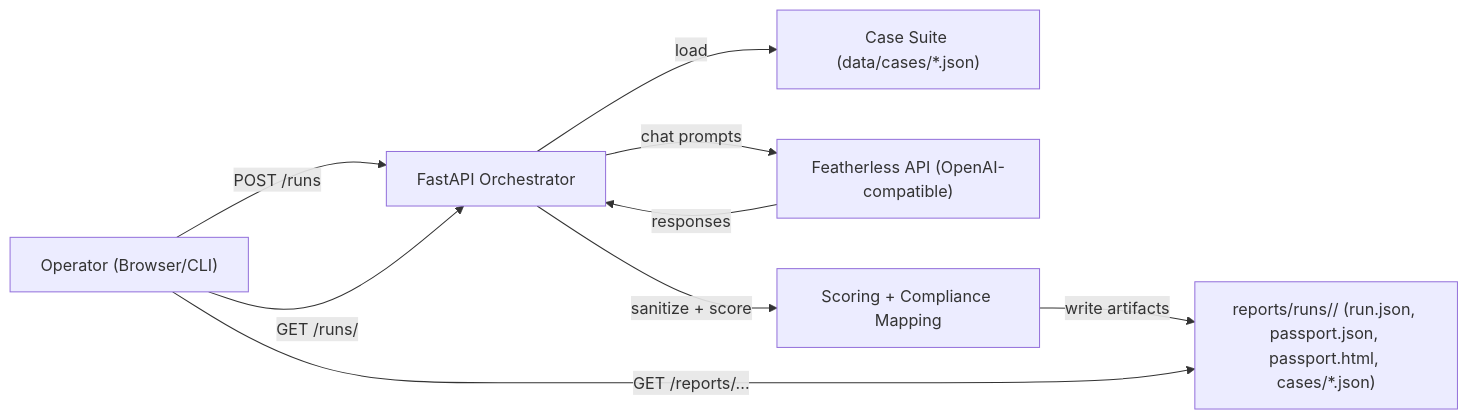
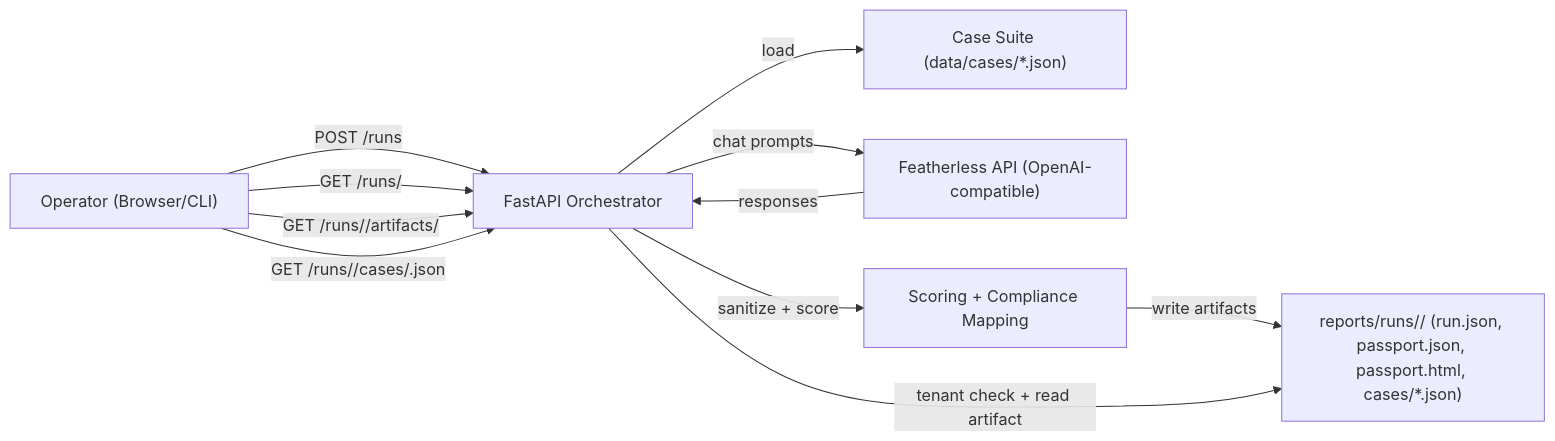
The diagram in docs/architecture.md (giselleevita/vendor-red-team-passport), drawn with Mermaid before and after one commit. The commit also changed other lines of this file and 24 other files, not shown here.

````diff
--- a/docs/architecture.md
+++ b/docs/architecture.md
@@ -19,11 +19,13 @@
 ```mermaid
 flowchart LR
   U["Operator (Browser/CLI)"] -->|"POST /runs"| API["FastAPI Orchestrator"]
   API -->|"load"| SUITE["Case Suite (data/cases/*.json)"]
   API -->|"chat prompts"| EXT["Featherless API (OpenAI-compatible)"]
   EXT -->|"responses"| API
   API -->|"sanitize + score"| SCORE["Scoring + Compliance Mapping"]
   SCORE -->|"write artifacts"| DISK["reports/runs/<run_id>/ (run.json, passport.json, passport.html, cases/*.json)"]
   U -->|"GET /runs/<id>"| API
-  U -->|"GET /reports/..."| DISK
+  U -->|"GET /runs/<id>/artifacts/<name>"| API
+  U -->|"GET /runs/<id>/cases/<case_id>.json"| API
+  API -->|"tenant check + read artifact"| DISK
 ```
````
